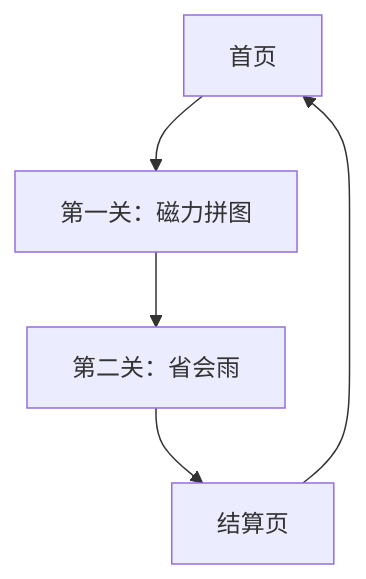
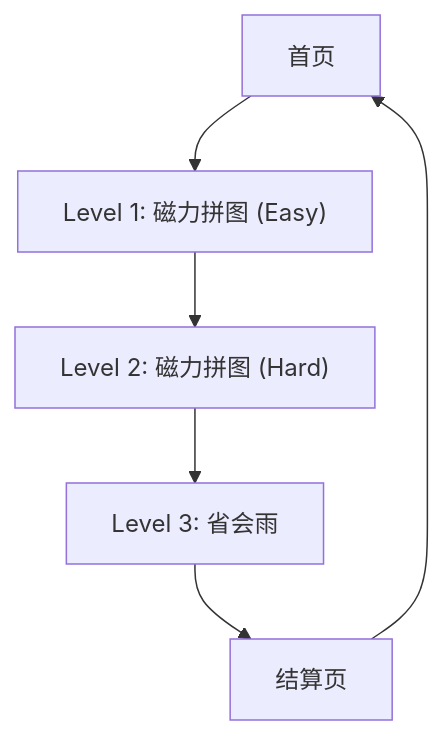
Before and after one commit to xperbots/game_map_puzzle: the diagram in PRD_PinPin_China_Web.md, drawn with Mermaid. The commit also changed other lines of this file and 10 other files, not shown here.

Commit message:
feat: Level 2 Hard Mode - Precision Snap, Transition Scene, and Docs Update

````diff
--- a/PRD_PinPin_China_Web.md
+++ b/PRD_PinPin_China_Web.md
@@ -36,7 +41,8 @@
 ```mermaid
 graph TD
-  A["首页"] --> B["第一关：磁力拼图"]
-  B --> C["第二关：省会雨"]
-  C --> D["结算页"]
-  D --> A
+  A["首页"] --> B["Level 1: 磁力拼图 (Easy)"]
+  B --> C["Level 2: 磁力拼图 (Hard)"]
+  C --> D["Level 3: 省会雨"]
+  D --> E["结算页"]
+  E --> A
 ```
````
